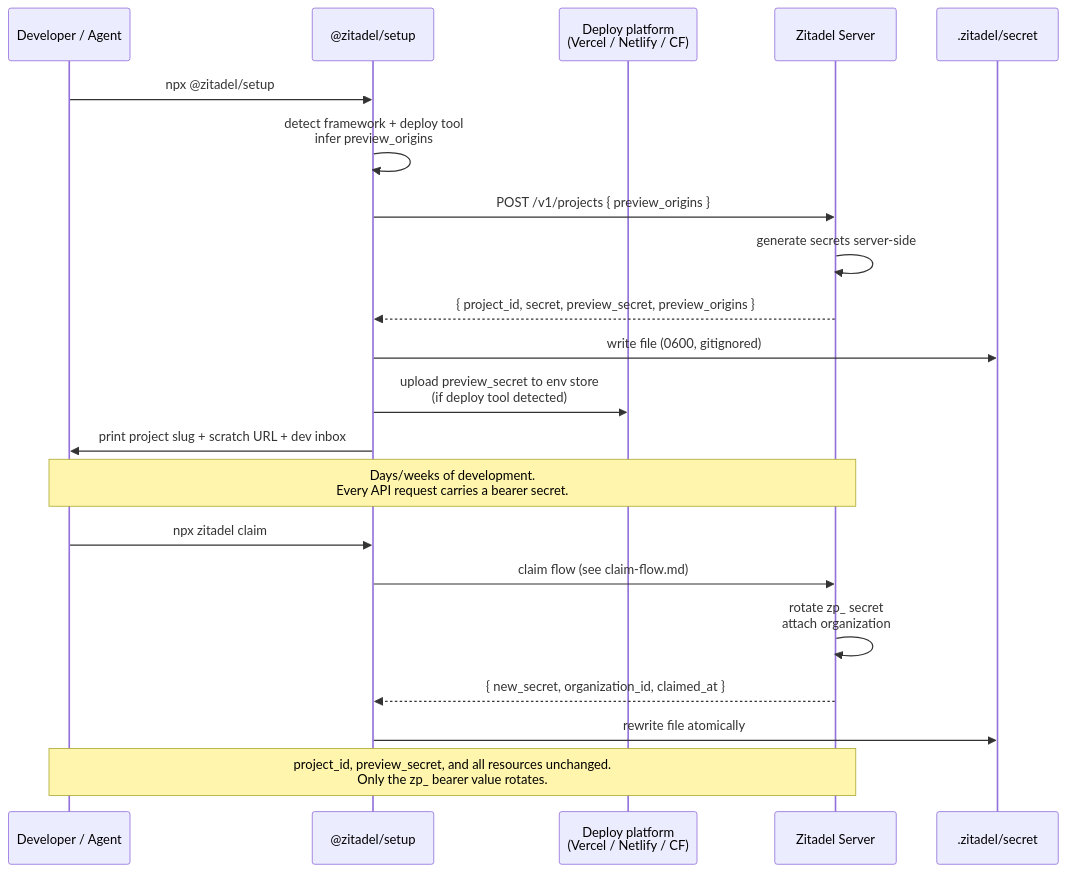
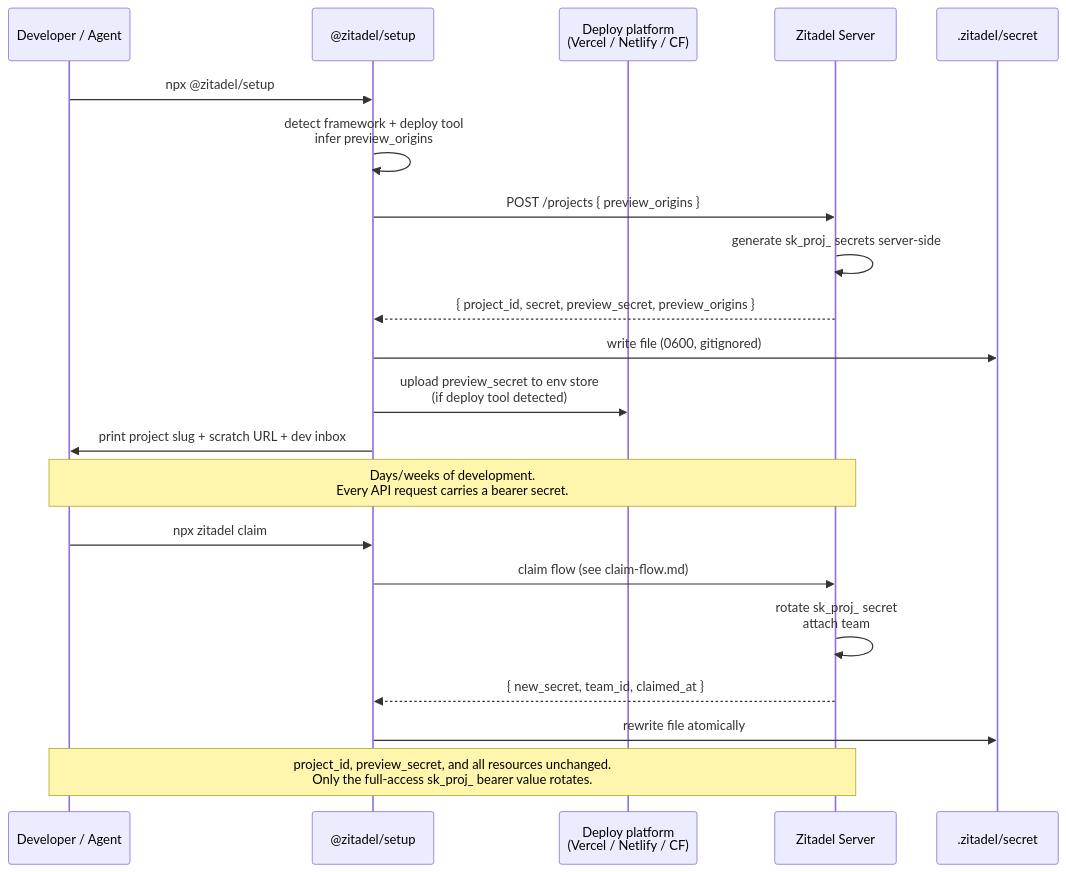
The diagram in docs/design/platform/secret.md (zitadel/nextgen), drawn with Mermaid before and after one commit. The commit also changed other lines of this file and 25 other files, not shown here.

````diff
--- a/docs/design/platform/secret.md
+++ b/docs/design/platform/secret.md
@@ -140,27 +142,27 @@
 ```mermaid
 sequenceDiagram
     participant Dev as Developer / Agent
     participant CLI as @zitadel/setup
     participant Deploy as Deploy platform<br>(Vercel / Netlify / CF)
     participant Srv as Zitadel Server
     participant Secret as .zitadel/secret
 
     Dev->>CLI: npx @zitadel/setup
     CLI->>CLI: detect framework + deploy tool<br>infer preview_origins
-    CLI->>Srv: POST /v1/projects { preview_origins }
-    Srv->>Srv: generate secrets server-side
+    CLI->>Srv: POST /projects { preview_origins }
+    Srv->>Srv: generate sk_proj_ secrets server-side
     Srv-->>CLI: { project_id, secret, preview_secret, preview_origins }
     CLI->>Secret: write file (0600, gitignored)
     CLI->>Deploy: upload preview_secret to env store<br>(if deploy tool detected)
     CLI->>Dev: print project slug + scratch URL + dev inbox
 
     Note over Dev,Srv: Days/weeks of development.<br>Every API request carries a bearer secret.
 
     Dev->>CLI: npx zitadel claim
     CLI->>Srv: claim flow (see claim-flow.md)
-    Srv->>Srv: rotate zp_ secret<br>attach organization
-    Srv-->>CLI: { new_secret, organization_id, claimed_at }
+    Srv->>Srv: rotate sk_proj_ secret<br>attach team
+    Srv-->>CLI: { new_secret, team_id, claimed_at }
     CLI->>Secret: rewrite file atomically
 
-    Note over Dev,Srv: project_id, preview_secret, and all resources unchanged.<br>Only the zp_ bearer value rotates.
+    Note over Dev,Srv: project_id, preview_secret, and all resources unchanged.<br>Only the full-access sk_proj_ bearer value rotates.
 ```
````
